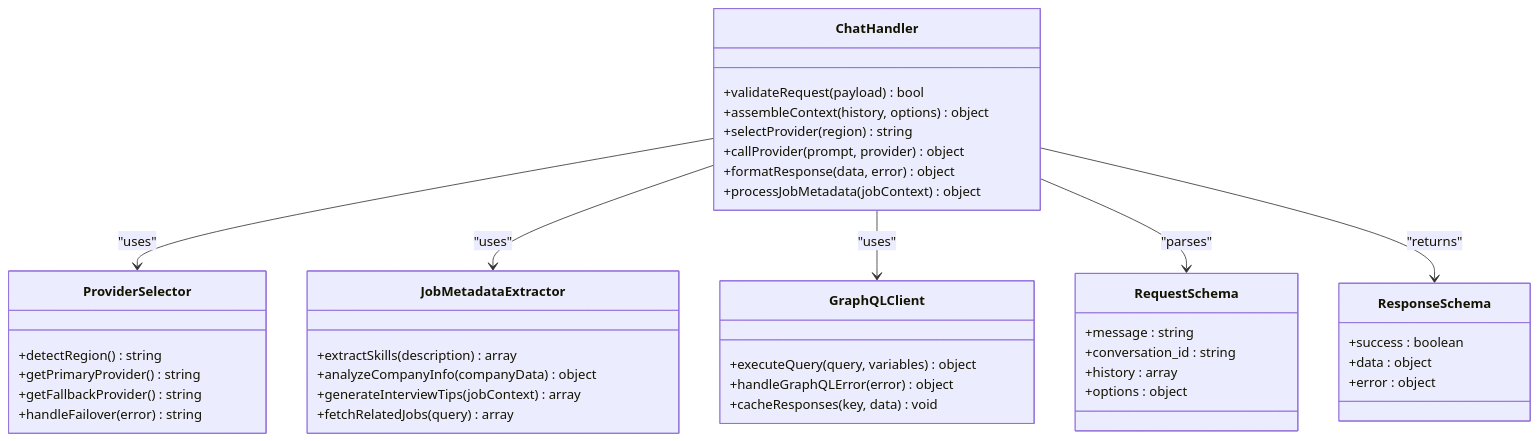
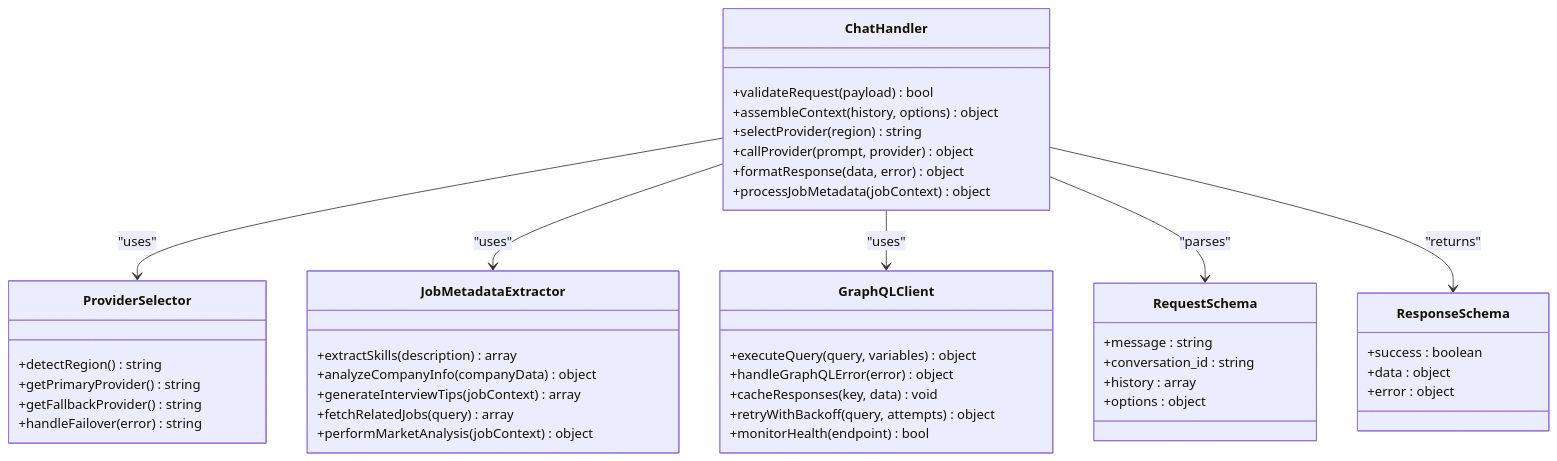
The third of 9 diagrams in .qoder/repowiki/en/content/API Reference/Chat API.md (zmyeo54/briefroom), drawn with Mermaid before and after one commit. The commit also changed other lines of this file and 13 other files, not shown here.

````diff
--- a/.qoder/repowiki/en/content/API Reference/Chat API.md
+++ b/.qoder/repowiki/en/content/API Reference/Chat API.md
@@ -213,44 +232,47 @@
 ```mermaid
 classDiagram
 class ChatHandler {
 +validateRequest(payload) bool
 +assembleContext(history, options) object
 +selectProvider(region) string
 +callProvider(prompt, provider) object
 +formatResponse(data, error) object
 +processJobMetadata(jobContext) object
 }
 class ProviderSelector {
 +detectRegion() string
 +getPrimaryProvider() string
 +getFallbackProvider() string
 +handleFailover(error) string
 }
 class JobMetadataExtractor {
 +extractSkills(description) array
 +analyzeCompanyInfo(companyData) object
 +generateInterviewTips(jobContext) array
 +fetchRelatedJobs(query) array
++performMarketAnalysis(jobContext) object
 }
 class GraphQLClient {
 +executeQuery(query, variables) object
 +handleGraphQLError(error) object
 +cacheResponses(key, data) void
++retryWithBackoff(query, attempts) object
++monitorHealth(endpoint) bool
 }
 class RequestSchema {
 +message : string
 +conversation_id : string
 +history : array
 +options : object
 }
 class ResponseSchema {
 +success : boolean
 +data : object
 +error : object
 }
 ChatHandler --> ProviderSelector : "uses"
 ChatHandler --> JobMetadataExtractor : "uses"
 ChatHandler --> GraphQLClient : "uses"
 ChatHandler --> RequestSchema : "parses"
 ChatHandler --> ResponseSchema : "returns"
 ```
````
